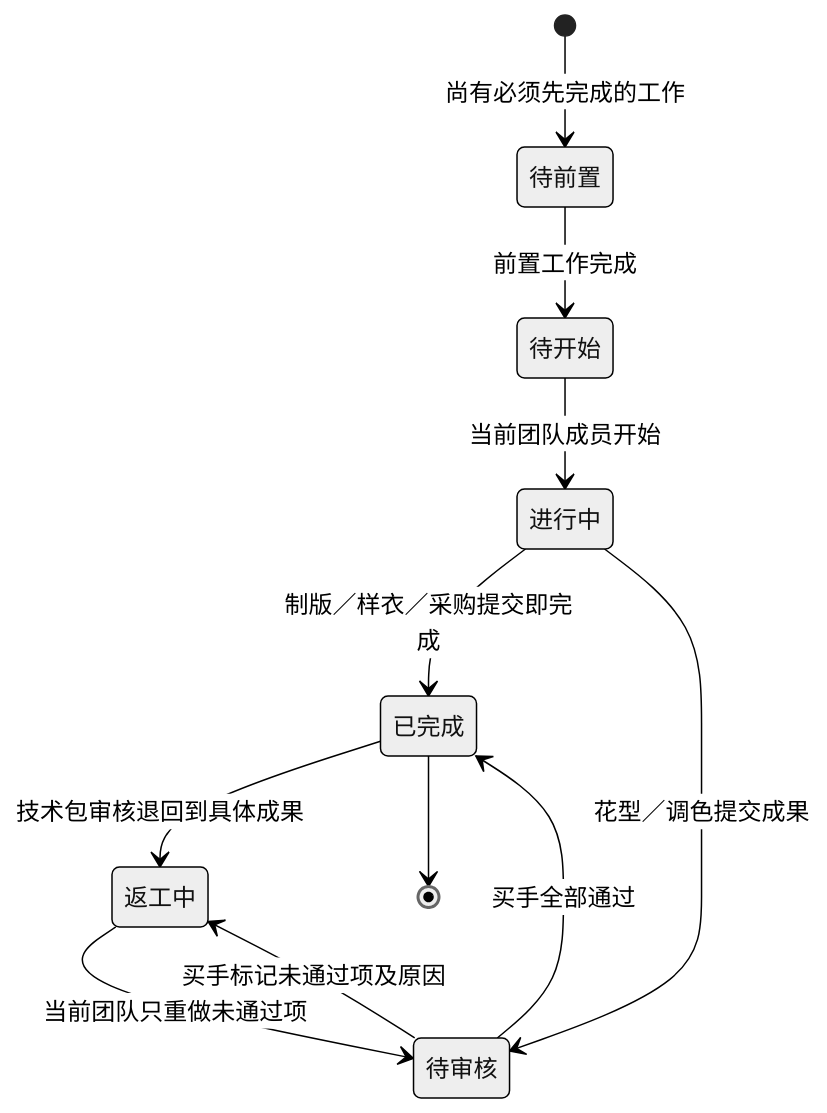
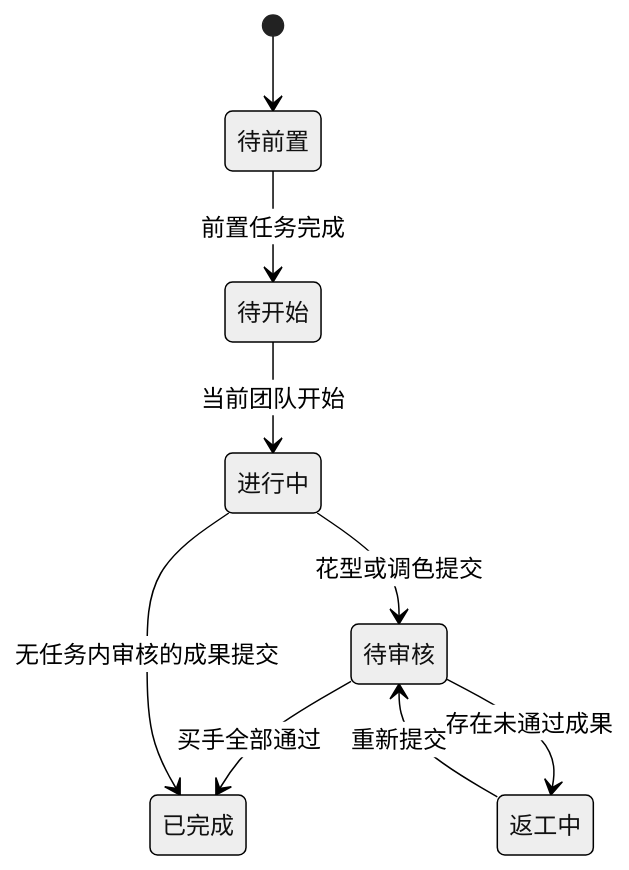
Before and after one commit to laoertongxue/higoods: the fourth of 5 diagrams in docs/product-design/PCS生产工程管理总体设计文档.md, drawn with Mermaid (neutral theme). The commit also changed other lines of this file and 156 other files, not shown here.

````diff
--- a/docs/product-design/PCS生产工程管理总体设计文档.md
+++ b/docs/product-design/PCS生产工程管理总体设计文档.md
@@ -277,13 +167,11 @@
-```mermaid
+~~~mermaid
 stateDiagram-v2
-  [*] --> 待前置: 尚有必须先完成的工作
-  待前置 --> 待开始: 前置工作完成
-  待开始 --> 进行中: 当前团队成员开始
-  进行中 --> 已完成: 制版／样衣／采购提交即完成
-  进行中 --> 待审核: 花型／调色提交成果
+  [*] --> 待前置
+  待前置 --> 待开始: 前置任务完成
+  待开始 --> 进行中: 当前团队开始
+  进行中 --> 待审核: 花型或调色提交
   待审核 --> 已完成: 买手全部通过
-  待审核 --> 返工中: 买手标记未通过项及原因
-  返工中 --> 待审核: 当前团队只重做未通过项
-  已完成 --> 返工中: 技术包审核退回到具体成果
-  已完成 --> [*]
-```
+  待审核 --> 返工中: 存在未通过成果
+  返工中 --> 待审核: 重新提交
+  进行中 --> 已完成: 无任务内审核的成果提交
+~~~
````
